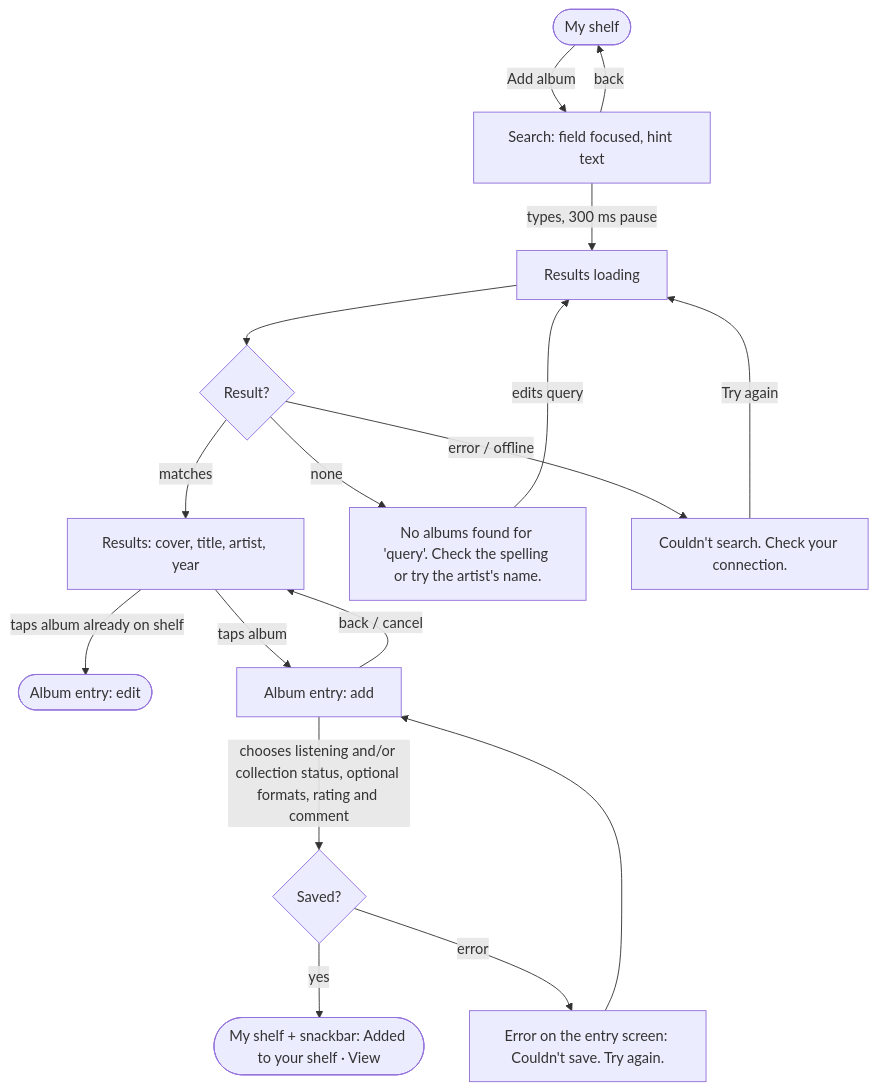
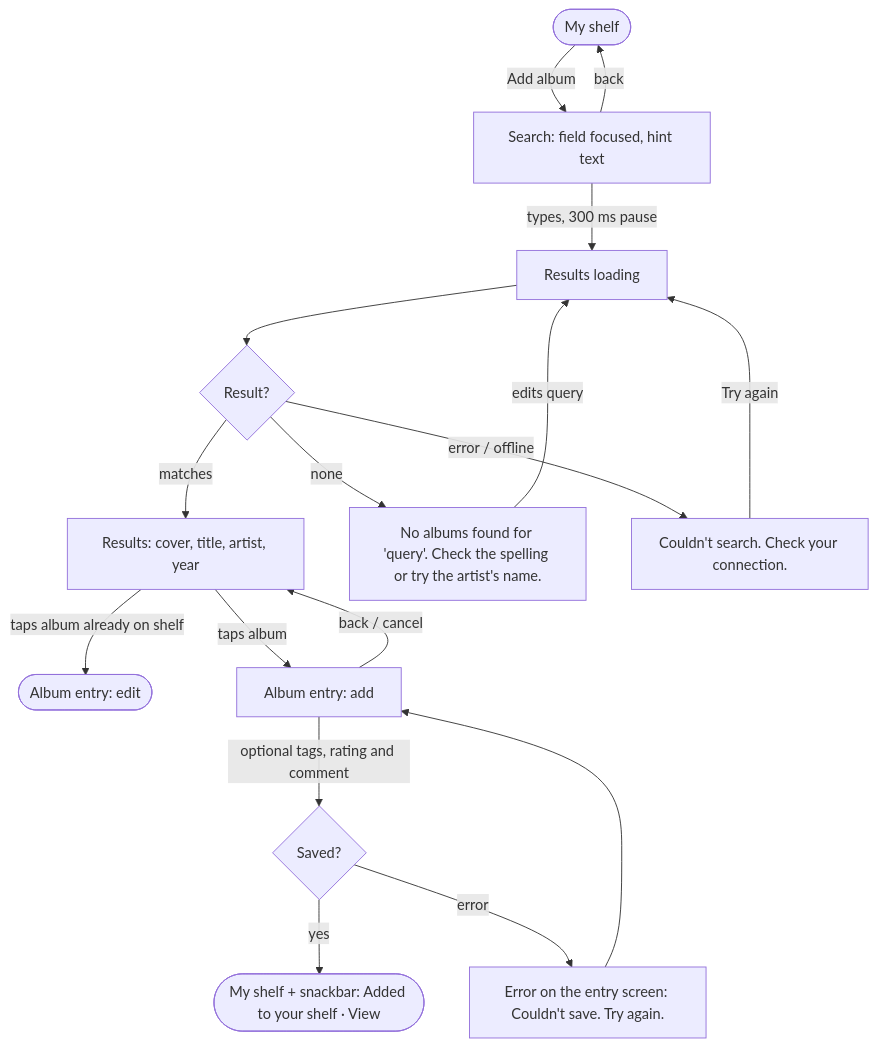
One commit to Schwub/shelf changed the second of 8 diagrams in docs/design/flows.md. Above: the diagram before and after it, drawn with Mermaid. The commit also changed other lines of this file and 9 other files, not shown here.

````diff
--- a/docs/design/flows.md
+++ b/docs/design/flows.md
@@ -43,17 +44,17 @@
 ```mermaid
 flowchart TD
   shelf([My shelf]) -- Add album --> search[Search: field focused, hint text]
   search -- types, 300 ms pause --> loading[Results loading]
   loading --> res{Result?}
   res -- matches --> results[Results: cover, title, artist, year]
   res -- none --> none[No albums found for 'query'. Check the spelling or try the artist's name.]
   res -- error / offline --> err[Couldn't search. Check your connection.] -- Try again --> loading
   none -- edits query --> loading
   results -- taps album already on shelf --> edit([Album entry: edit])
   results -- taps album --> add[Album entry: add]
-  add -- chooses listening and/or collection status, optional formats, rating and comment --> save{Saved?}
+  add -- optional tags, rating and comment --> save{Saved?}
   save -- yes --> back([My shelf + snackbar: Added to your shelf · View])
   save -- error --> saveErr[Error on the entry screen: Couldn't save. Try again.] --> add
   add -- back / cancel --> results
   search -- back --> shelf
 ```
````
